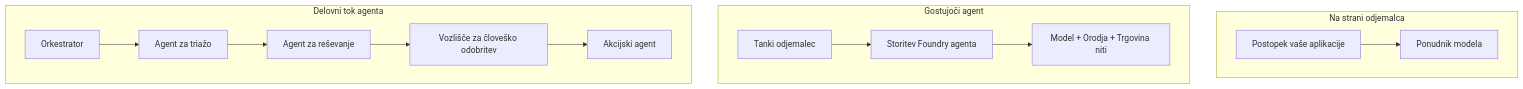
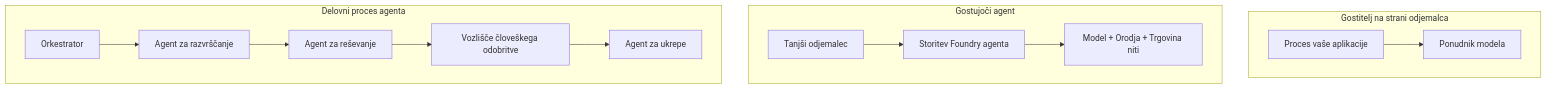
One commit to gabrielmoreira/agent-skills-mirror changed the first of 4 diagrams in mirrors/repos/microsoft@ai-agents-for-beginners/translations/sl/16-deploying-scalable-agents/README.md. Above: the diagram before and after it, drawn with Mermaid. The commit also changed other lines of this file and 4262 other files, not shown here.

````diff
--- a/mirrors/repos/microsoft@ai-agents-for-beginners/translations/sl/16-deploying-scalable-agents/README.md
+++ b/mirrors/repos/microsoft@ai-agents-for-beginners/translations/sl/16-deploying-scalable-agents/README.md
@@ -87,16 +87,16 @@
 ```mermaid
 flowchart TB
-    subgraph P1[Na strani odjemalca]
-        A1[Postopek vaše aplikacije] --> M1[Ponudnik modela]
+    subgraph P1[Gostitelj na strani odjemalca]
+        A1[Proces vaše aplikacije] --> M1[Ponudnik modela]
     end
     subgraph P2[Gostujoči agent]
-        A2[Tanki odjemalec] --> F2[Storitev Foundry agenta]
+        A2[Tanjši odjemalec] --> F2[Storitev Foundry agenta]
         F2 --> M2[Model + Orodja + Trgovina niti]
     end
-    subgraph P3[Delovni tok agenta]
-        A3[Orkestrator] --> S1[Agent za triažo]
+    subgraph P3[Delovni proces agenta]
+        A3[Orkestrator] --> S1[Agent za razvrščanje]
         S1 --> S2[Agent za reševanje]
-        S2 --> H[Vozlišče za človeško odobritev]
-        H --> S3[Akcijski agent]
+        S2 --> H[Vozlišče človeškega odobritve]
+        H --> S3[Agent za ukrepe]
     end
 ```
````
